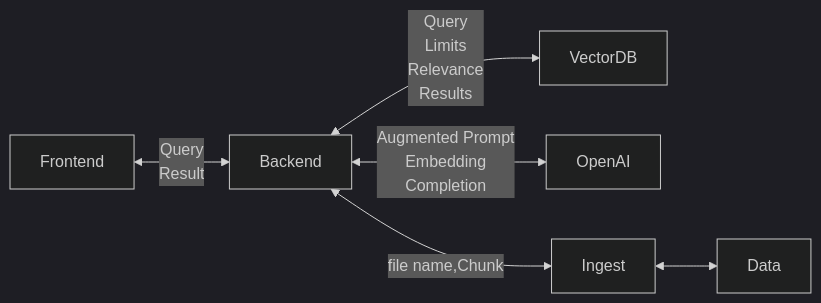
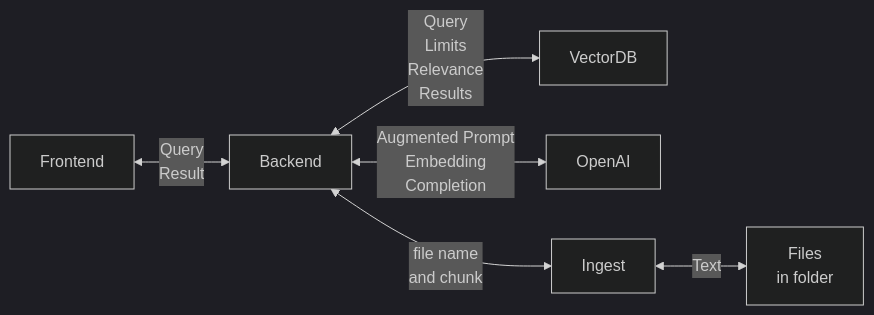
Before and after one commit to msalemor/sk-rag-pattern: the diagram in README.md, drawn with Mermaid (dark theme).

````diff
--- a/README.md
+++ b/README.md
@@ -7,8 +7,8 @@
 ```mermaid
 graph LR;
 Frontend<--Query<br/>Result-->Backend
 Backend<--Query<br/>Limits<br/>Relevance<br/>Results-->VectorDB
 Backend<--Augmented Prompt<br/>Embedding<br/>Completion-->OpenAI
-Backend<--file name,Chunk-->Ingest
-Ingest<-->Data
+Backend<--file name<br/>and chunk-->Ingest
+Ingest<--Text-->Data[Files<br/>in folder]
 ```
````
